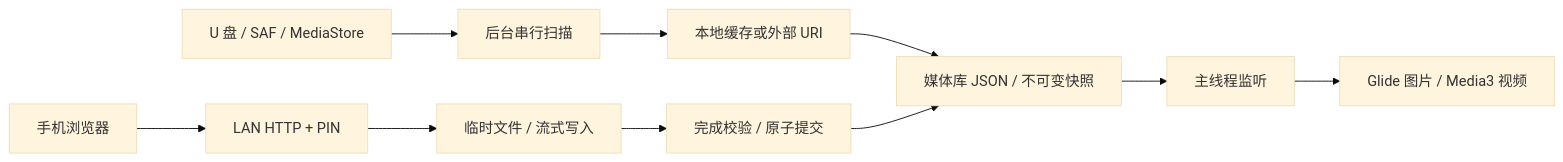
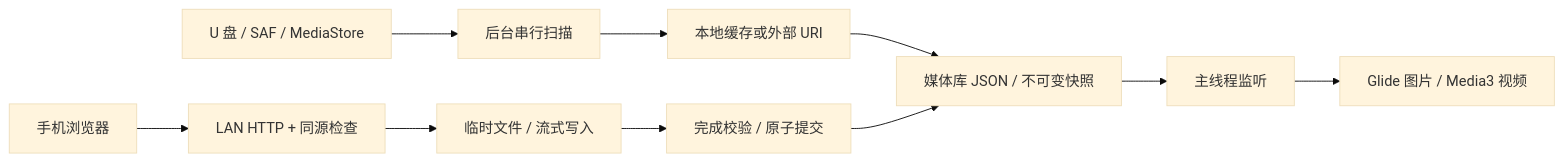
The diagram in docs/ARCHITECTURE.md (luoyk-wuhu/TvMediaCarousel), drawn with Mermaid (base theme) before and after one commit. The commit also changed other lines of this file and 43 other files, not shown here.

````diff
--- a/docs/ARCHITECTURE.md
+++ b/docs/ARCHITECTURE.md
@@ -27,12 +30,12 @@
 ```mermaid
 flowchart LR
     USB[U 盘 / SAF / MediaStore] --> Scan[后台串行扫描]
     Scan --> Cache[本地缓存或外部 URI]
-    Web[手机浏览器] --> HTTP[LAN HTTP + PIN]
+    Web[手机浏览器] --> HTTP[LAN HTTP + 同源检查]
     HTTP --> Temp[临时文件 / 流式写入]
     Temp --> Commit[完成校验 / 原子提交]
     Cache --> Index[媒体库 JSON / 不可变快照]
     Commit --> Index
     Index --> Main[主线程监听]
     Main --> Player[Glide 图片 / Media3 视频]
 ```
````
